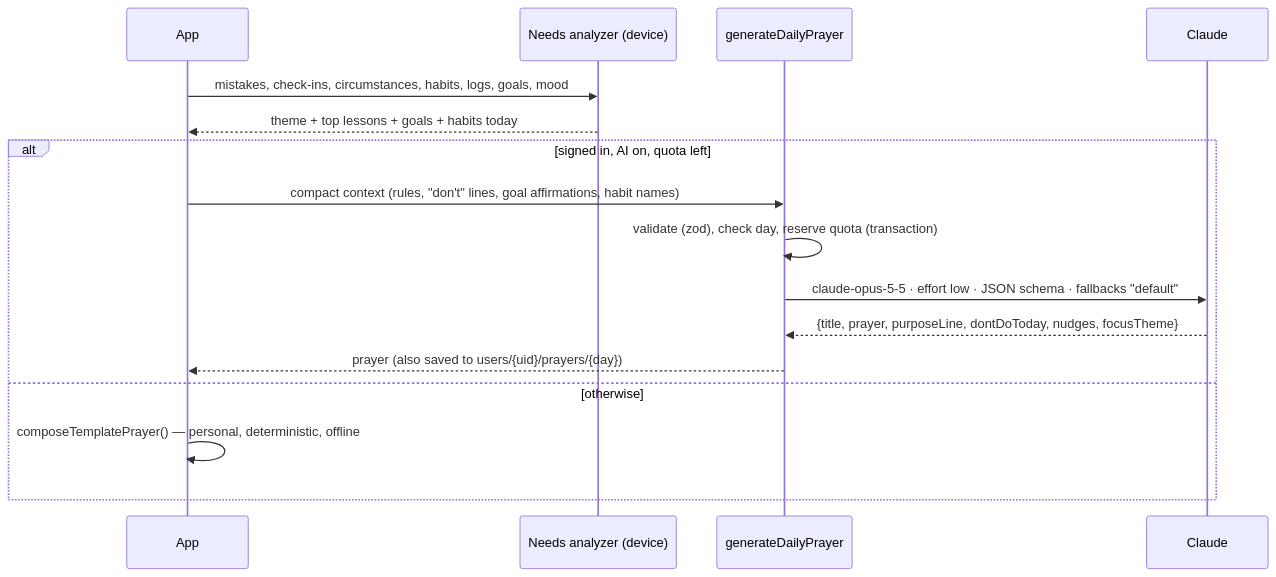
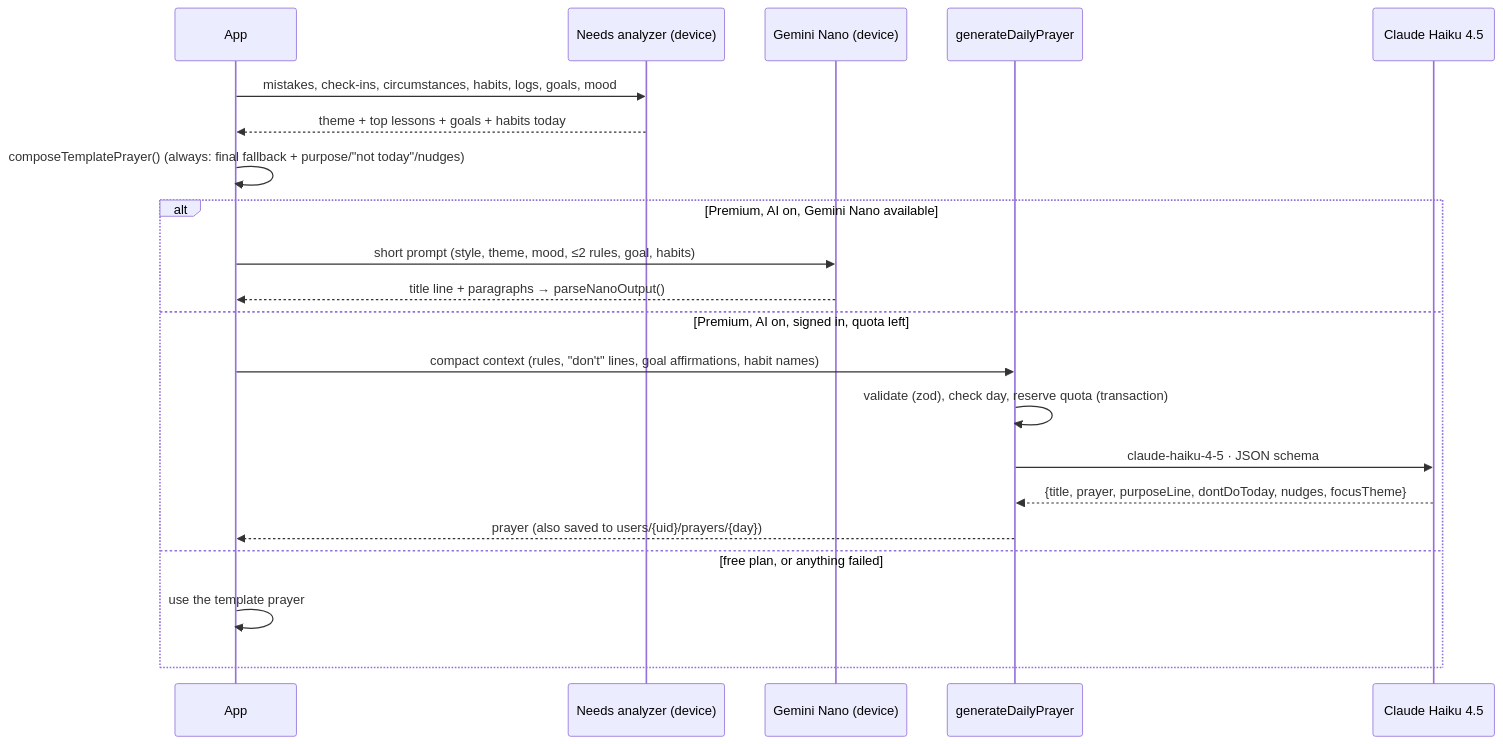
The second of 2 diagrams in BLUEPRINT.md (keshavkumar4699/after-she-left), drawn with Mermaid before and after one commit. The commit also changed other lines of this file and 31 other files, not shown here.

First line of the commit message:
Add three-tier prayer engine: template, Gemini Nano, Claude Haiku 4.5

````diff
--- a/BLUEPRINT.md
+++ b/BLUEPRINT.md
@@ -255,18 +268,23 @@
 ```mermaid
 sequenceDiagram
   participant App
   participant Needs as Needs analyzer (device)
+  participant Nano as Gemini Nano (device)
   participant Fn as generateDailyPrayer
-  participant Claude
+  participant Claude as Claude Haiku 4.5
   App->>Needs: mistakes, check-ins, circumstances, habits, logs, goals, mood
   Needs-->>App: theme + top lessons + goals + habits today
-  alt signed in, AI on, quota left
+  App->>App: composeTemplatePrayer() (always: final fallback + purpose/"not today"/nudges)
+  alt Premium, AI on, Gemini Nano available
+    App->>Nano: short prompt (style, theme, mood, ≤2 rules, goal, habits)
+    Nano-->>App: title line + paragraphs → parseNanoOutput()
+  else Premium, AI on, signed in, quota left
     App->>Fn: compact context (rules, "don't" lines, goal affirmations, habit names)
     Fn->>Fn: validate (zod), check day, reserve quota (transaction)
-    Fn->>Claude: claude-opus-5-5 · effort low · JSON schema · fallbacks "default"
+    Fn->>Claude: claude-haiku-4-5 · JSON schema
     Claude-->>Fn: {title, prayer, purposeLine, dontDoToday, nudges, focusTheme}
     Fn-->>App: prayer (also saved to users/{uid}/prayers/{day})
-  else otherwise
-    App->>App: composeTemplatePrayer() — personal, deterministic, offline
+  else free plan, or anything failed
+    App->>App: use the template prayer
   end
 ```
````
